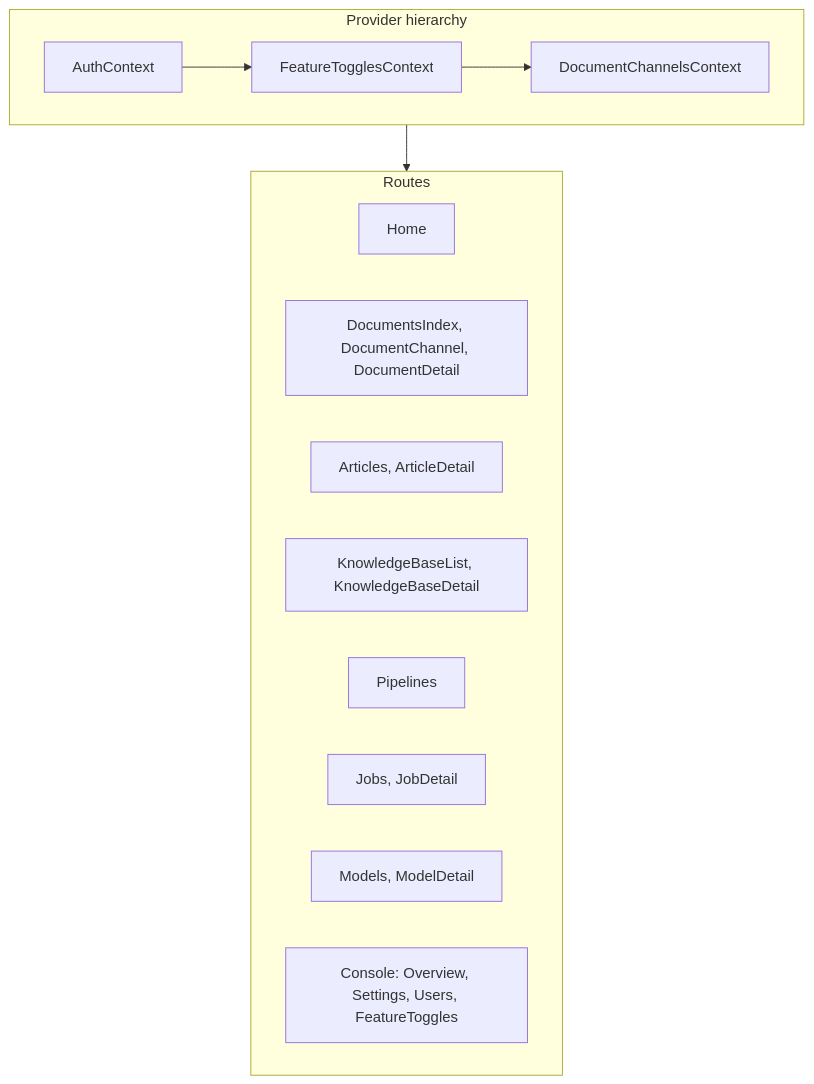
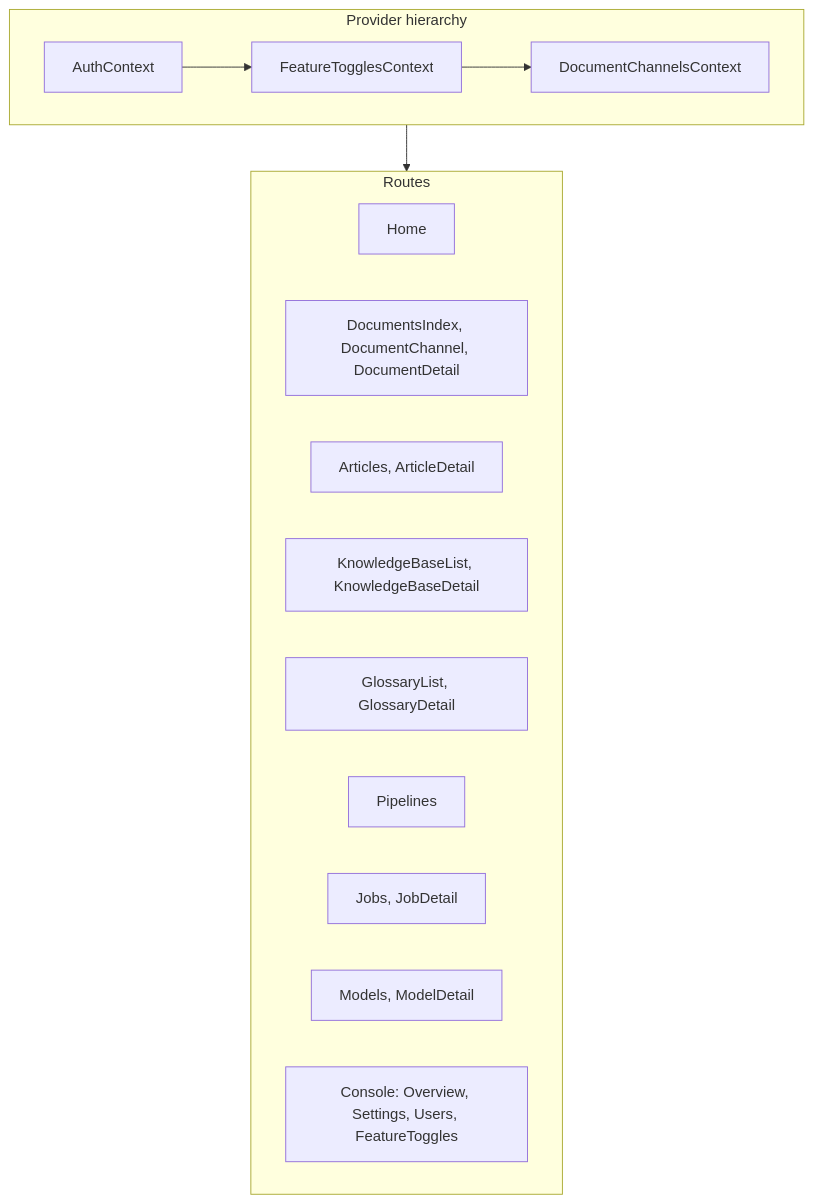
One commit to yingrui/openKMS changed the second of 5 diagrams in docs/architecture.md. Above: the diagram before and after it, drawn with Mermaid. The commit also changed other lines of this file and 25 other files, not shown here.

````diff
--- a/docs/architecture.md
+++ b/docs/architecture.md
@@ -59,23 +59,24 @@
 ```mermaid
 flowchart TB
   subgraph Providers["Provider hierarchy"]
     Auth[AuthContext]
     FT[FeatureTogglesContext]
     DC[DocumentChannelsContext]
     Auth --> FT
     FT --> DC
   end
 
   subgraph Pages["Routes"]
     Home[Home]
     Docs[DocumentsIndex, DocumentChannel, DocumentDetail]
     Articles[Articles, ArticleDetail]
     KB[KnowledgeBaseList, KnowledgeBaseDetail]
+    Glossaries[GlossaryList, GlossaryDetail]
     Pipelines[Pipelines]
     Jobs[Jobs, JobDetail]
     Models[Models, ModelDetail]
     Console[Console: Overview, Settings, Users, FeatureToggles]
   end
 
   Providers --> Pages
 ```
````
